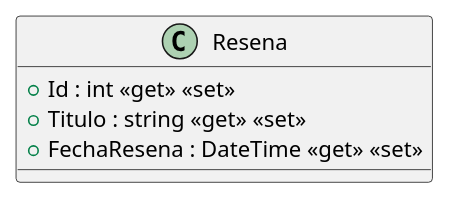
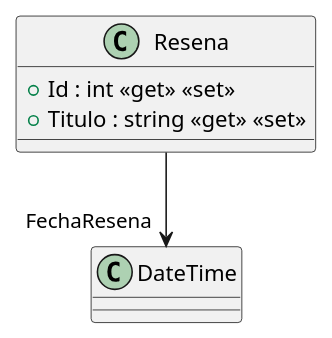
One commit to ISII2627SoftwareEngineers/ISII2627SoftwareEngineers changed the diagram in src/AppForSEII.API/ClassDiagram/Resena.puml. Above: the diagram before and after it, drawn with PlantUML. The commit also changed 5 other files, not shown here.

Commit message:
Añadido clase Compra a los diagramas de clases

```diff
--- a/src/AppForSEII.API/ClassDiagram/Resena.puml
+++ b/src/AppForSEII.API/ClassDiagram/Resena.puml
@@ -1,7 +1,7 @@
 @startuml
 class Resena {
     + Id : int <<get>> <<set>>
-    + Titulo : string <<get>> <<set>>
-    + FechaResena : DateTime <<get>> <<set>>
+    + Titulo : string <<get>> <<set>>  
 }
+Resena --> "FechaResena" DateTime
 @enduml
```
